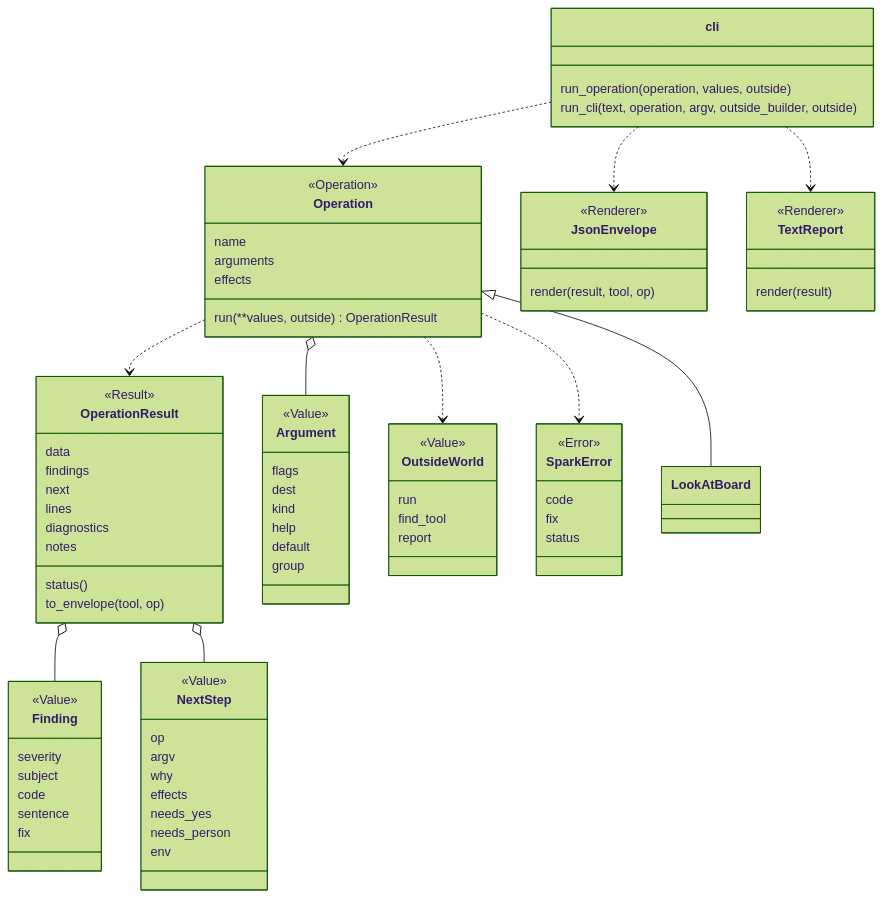
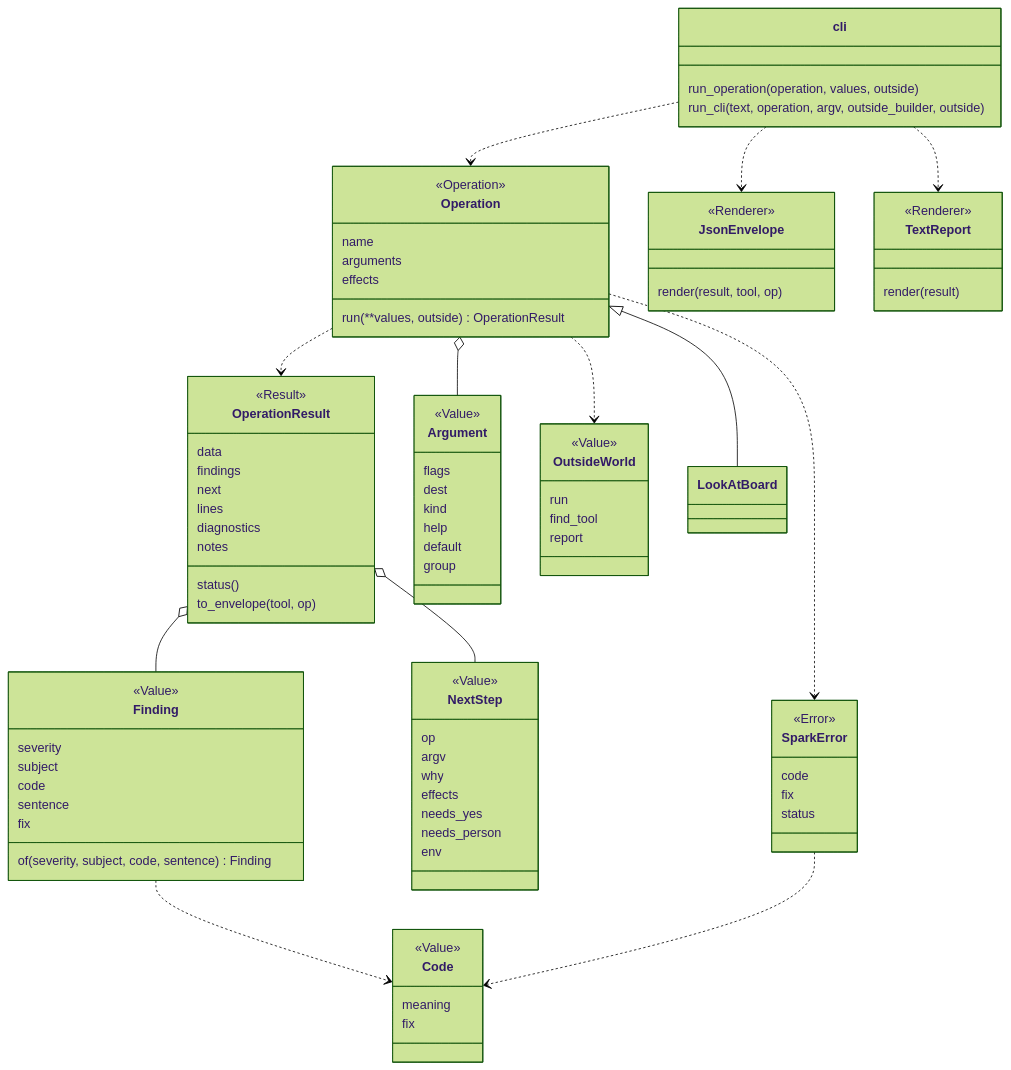
The diagram in docs/guide/patterns-and-names.md (xmejkal/spark), drawn with Mermaid (forest theme) before and after one commit. The commit also changed other lines of this file and 2 other files, not shown here.

First line of the commit message:
P853: the docs: a Code, Finding.of and SparkError's default fix, the rule U1, and the map

```diff
--- a/docs/guide/patterns-and-names.md
+++ b/docs/guide/patterns-and-names.md
@@ -114,6 +105,12 @@
     subject
     code
     sentence
+    fix
+    of(severity, subject, code, sentence) Finding
+  }
+  class Code {
+    <<Value>>
+    meaning
     fix
   }
   class NextStep {
@@ -166,6 +163,8 @@
   Operation ..> SparkError
   OperationResult o-- Finding
   OperationResult o-- NextStep
+  Finding ..> Code
+  SparkError ..> Code
   cli ..> Operation
   cli ..> JsonEnvelope
   cli ..> TextReport
```
